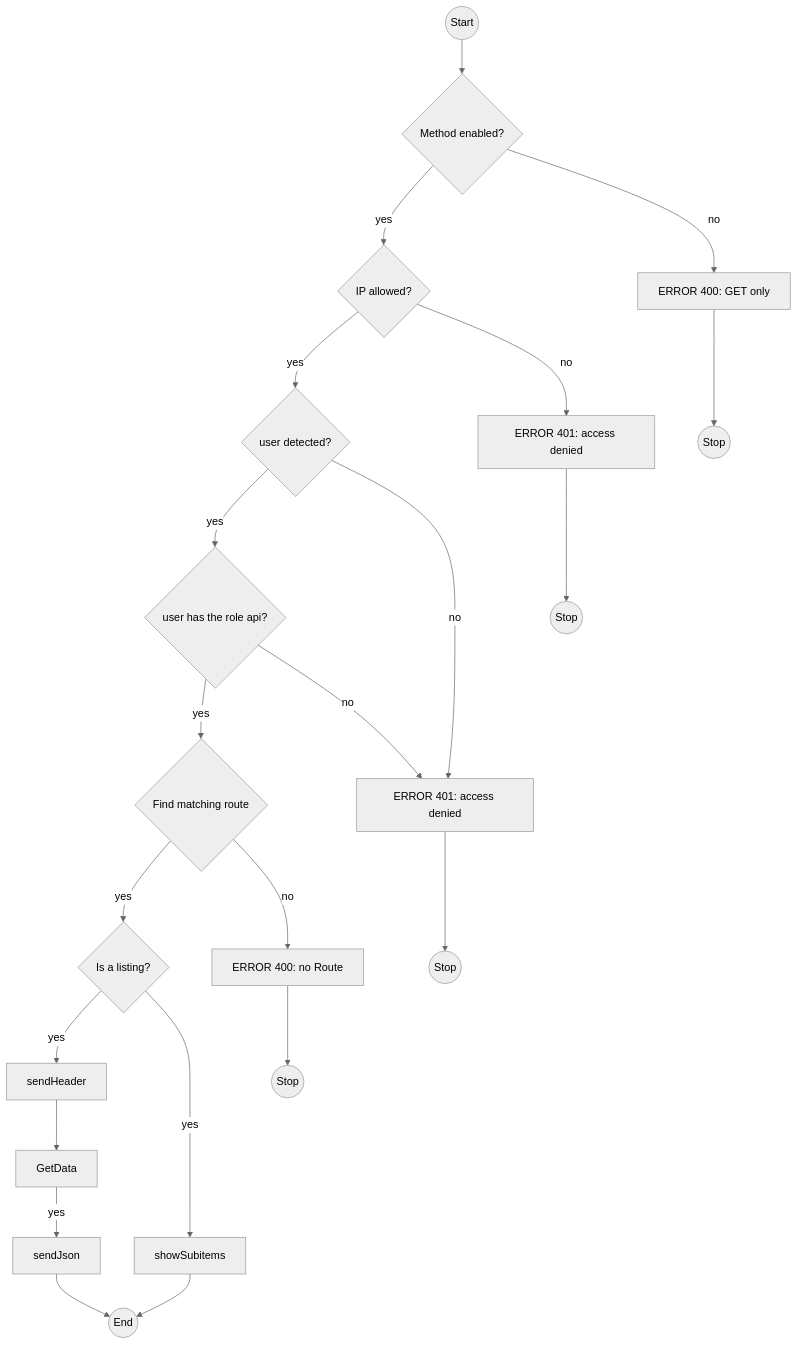
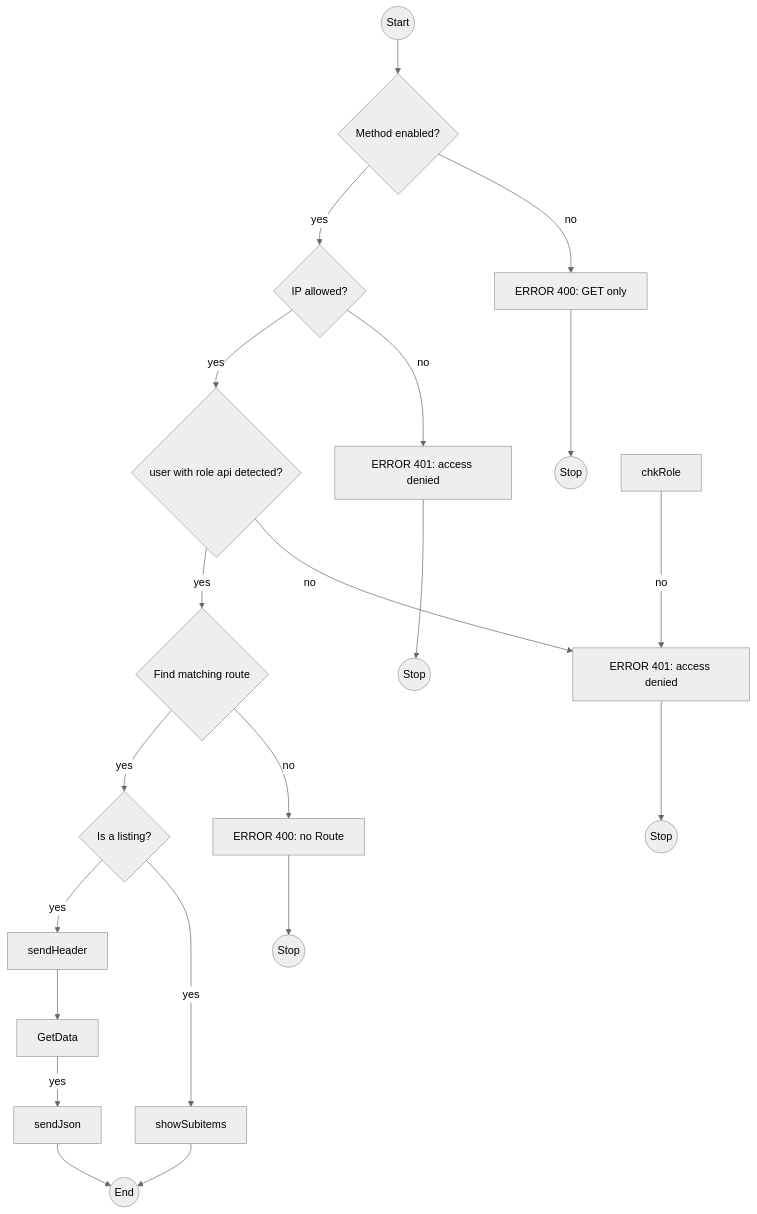
Before and after one commit to iml-it/appmonitor: the diagram in docs/40_📦_Server/60_API.md, drawn with Mermaid (neutral theme). The commit also changed other lines of this file and 10 other files, not shown here.

````diff
--- a/docs/40_📦_Server/60_API.md
+++ b/docs/40_📦_Server/60_API.md
@@ -28,21 +28,20 @@
 ```mermaid
 graph TD;
   Start((Start))
   --> chkMethod{Method enabled?}
   --> |yes|chkIp{IP allowed?}
-  --> |yes|chkUser{user detected?}
-  --> |yes|chkRole{user has the role api?}
+  --> |yes|chkUser{user with role api detected?}
   --> |yes|chkRoute{Find matching route}
   --> |yes|chkList{Is a listing?}
   --> |yes|sendHeader
   --> GetData
   --> |yes|sendJson
   --> End((End))
 
   chkMethod-->|no|onlyGet[ERROR 400: GET only]-->stop1((Stop))
   chkIp-->|no|denyIp[ERROR 401: access denied]-->stop2((Stop))
   chkUser-->|no|denyUser[ERROR 401: access denied]-->stop3((Stop))
   chkRole-->|no|denyUser[ERROR 401: access denied]
   chkRoute-->|no|onlyNoRoute[ERROR 400: no Route]-->stop5((Stop))
   chkList-->|yes|showSubitems-->End
 ```
````
